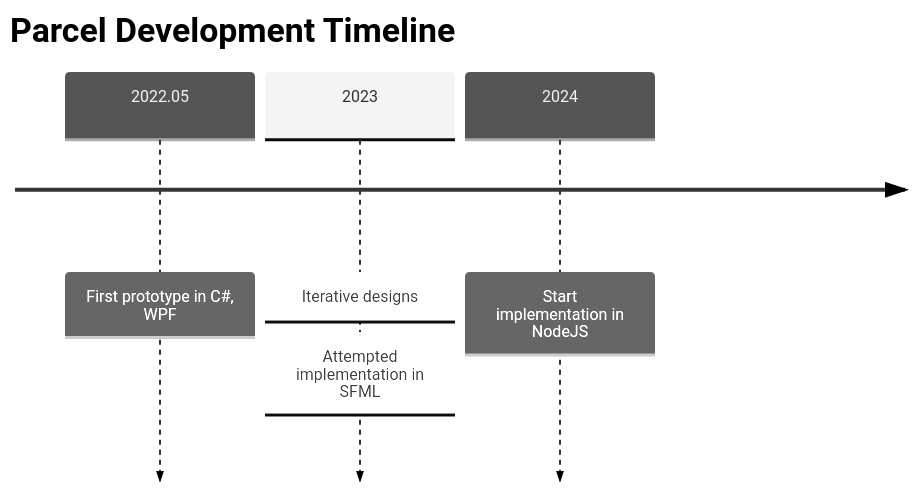
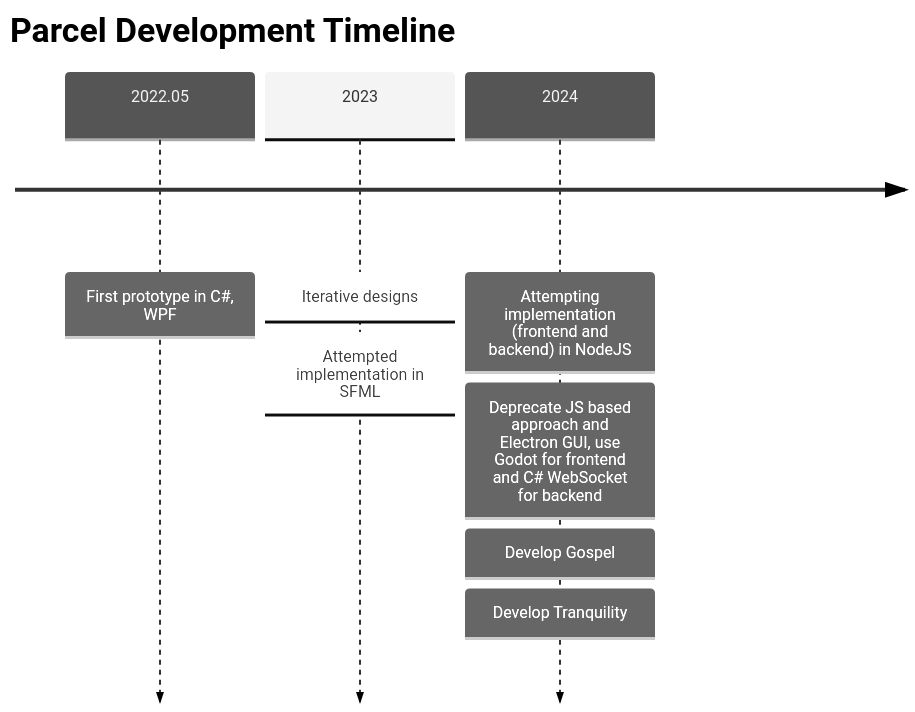
The diagram in README.md (Parcel-NExT/Parcel_NExT), drawn with Mermaid (neutral theme) before and after one commit. The commit also changed other lines of this file and 78 other files, not shown here.

````diff
--- a/README.md
+++ b/README.md
@@ -5,11 +5,14 @@
 ```mermaid
 timeline
 title Parcel Development Timeline
     2022.05
         : First prototype in C#, WPF
     2023
         : Iterative designs
         : Attempted implementation in SFML
     2024
-        : Start implementation in NodeJS
+        : Attempting implementation (frontend and backend) in NodeJS
+        : Deprecate JS based approach and Electron GUI, use Godot for frontend and C# WebSocket for backend
+        : Develop Gospel
+        : Develop Tranquility
 ```
````
